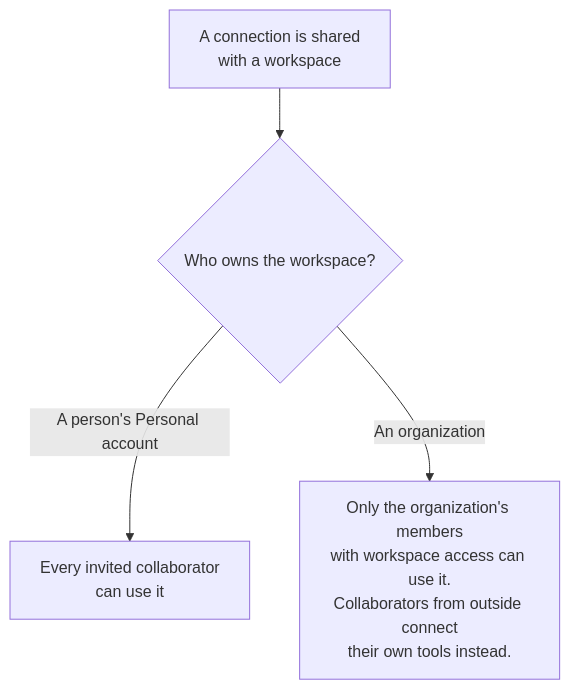
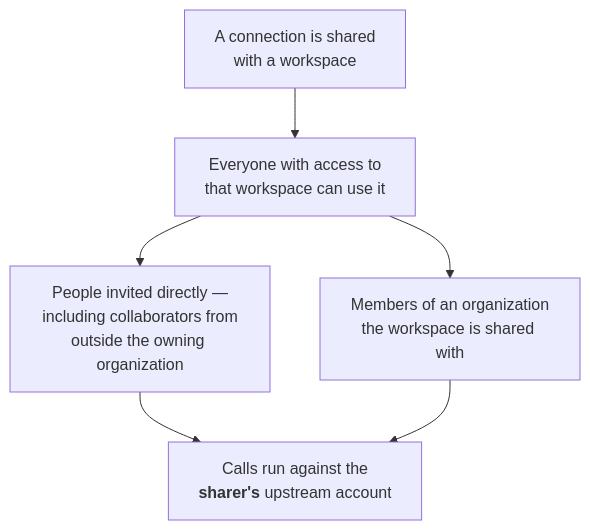
Before and after one commit to bespo-ai/docs: the diagram in account/workspace.mdx, drawn with Mermaid. The commit also changed other lines of this file and 2 other files, not shown here.

Commit message:
Correct who a workspace-shared connection reaches
A connection shared into a workspace is usable by everyone that workspace
grants access to, including a collaborator invited from outside the owning
organization. The pages said the opposite for organization-owned workspaces
and inverted the rule for Personal-owned ones.

The scope predicate does not branch on who owns the workspace.
credential_workspace_scope_filter_for_organization admits an external shared
workspace whenever the owning organization is active and the viewer is not an
arrived member of it — no condition restricts that to personal organizations.
Consent sits at the invitation instead: only an organization owner or admin
can add or remove an entire organization.

Also:
- Admins can invite other admins, not only members; billing admin is the one
  role they cannot grant.
- An upgrade applies immediately only when the billing interval is unchanged.
  Switching interval is always scheduled to renewal.

````diff
--- a/account/workspace.mdx
+++ b/account/workspace.mdx
@@ -68,6 +70,8 @@
 ```mermaid
 flowchart TD
-  S["A connection is shared<br/>with a workspace"] --> O{"Who owns the workspace?"}
-  O -- "A person's Personal account" --> P["Every invited collaborator<br/>can use it"]
-  O -- "An organization" --> C["Only the organization's members<br/>with workspace access can use it.<br/>Collaborators from outside connect<br/>their own tools instead."]
+  S["A connection is shared<br/>with a workspace"] --> W["Everyone with access to<br/>that workspace can use it"]
+  W --> D["People invited directly —<br/>including collaborators from<br/>outside the owning organization"]
+  W --> O["Members of an organization<br/>the workspace is shared with"]
+  D --> U["Calls run against the<br/><b>sharer's</b> upstream account"]
+  O --> U
 ```
````
